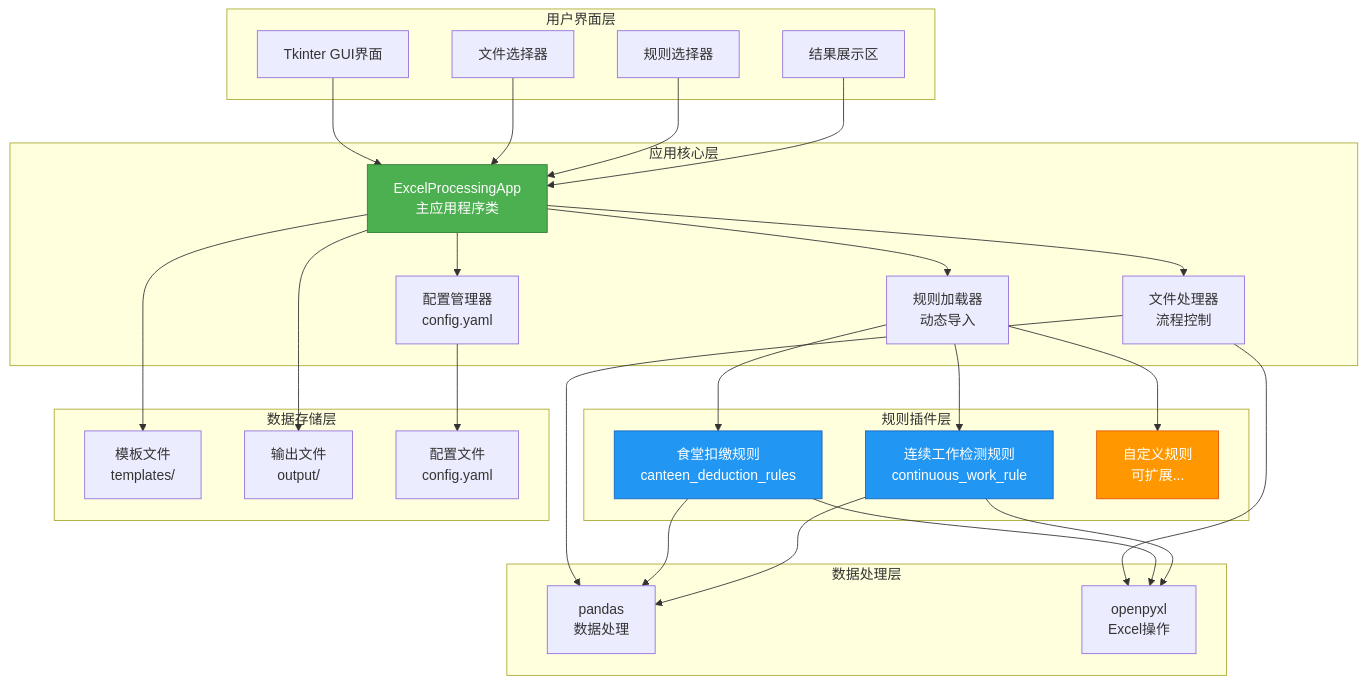
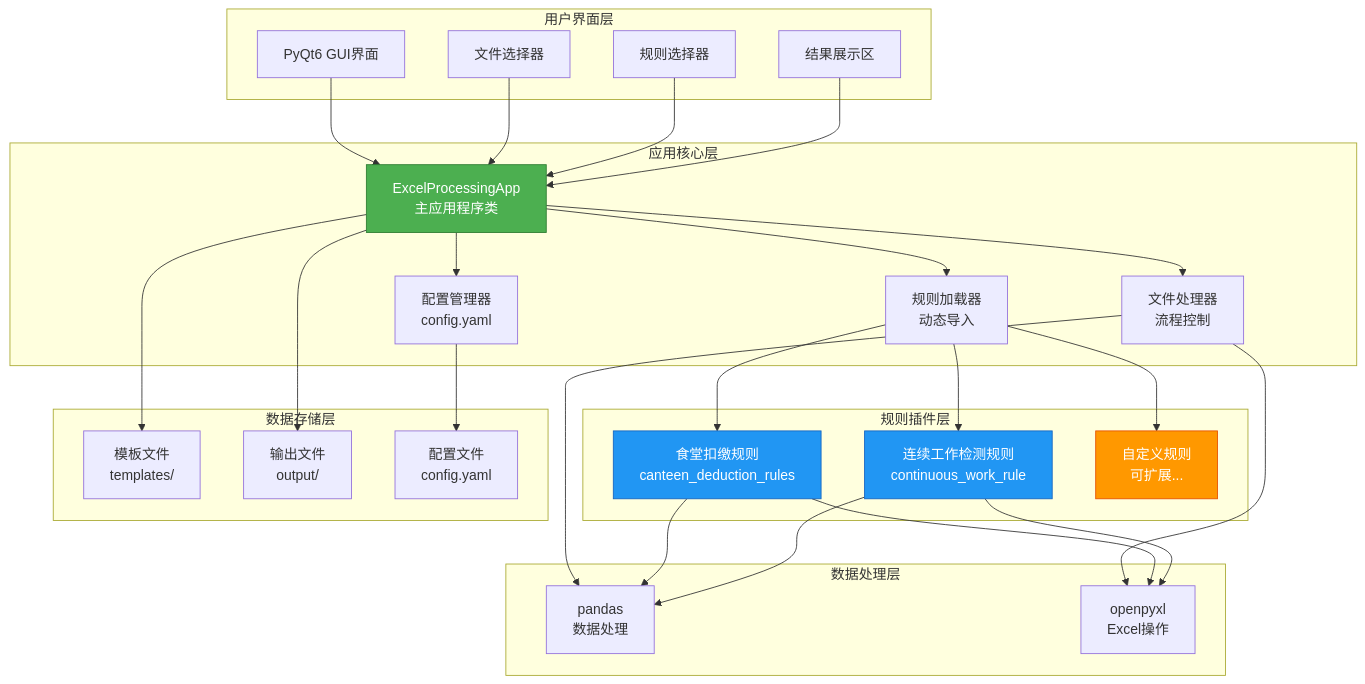
One commit to xiajiajinxuan/excel-processing changed the first of 4 diagrams in README.md. Above: the diagram before and after it, drawn with Mermaid. The commit also changed other lines of this file and 9 other files, not shown here.

````diff
--- a/README.md
+++ b/README.md
@@ -106,58 +107,58 @@
 ```mermaid
 graph TB
     subgraph "用户界面层"
-        UI[Tkinter GUI界面]
+        UI[PyQt6 GUI界面]
         FileSelect[文件选择器]
         RuleSelect[规则选择器]
         ResultDisplay[结果展示区]
     end
     
     subgraph "应用核心层"
         App[ExcelProcessingApp<br/>主应用程序类]
         ConfigMgr[配置管理器<br/>config.yaml]
         RuleLoader[规则加载器<br/>动态导入]
         FileProcessor[文件处理器<br/>流程控制]
     end
     
     subgraph "规则插件层"
         Rule1[食堂扣缴规则<br/>canteen_deduction_rules]
         Rule2[连续工作检测规则<br/>continuous_work_rule]
         RuleN[自定义规则<br/>可扩展...]
     end
     
     subgraph "数据处理层"
         Pandas[pandas<br/>数据处理]
         OpenPyXL[openpyxl<br/>Excel操作]
     end
     
     subgraph "数据存储层"
         Templates[模板文件<br/>templates/]
         Output[输出文件<br/>output/]
         Config[配置文件<br/>config.yaml]
     end
     
     UI --> App
     FileSelect --> App
     RuleSelect --> App
     App --> ConfigMgr
     App --> RuleLoader
     App --> FileProcessor
     ConfigMgr --> Config
     RuleLoader --> Rule1
     RuleLoader --> Rule2
     RuleLoader --> RuleN
     FileProcessor --> Pandas
     FileProcessor --> OpenPyXL
     App --> Templates
     App --> Output
     Rule1 --> Pandas
     Rule1 --> OpenPyXL
     Rule2 --> Pandas
     Rule2 --> OpenPyXL
     ResultDisplay --> App
     
     style App fill:#4CAF50,stroke:#2E7D32,color:#fff
     style Rule1 fill:#2196F3,stroke:#1565C0,color:#fff
     style Rule2 fill:#2196F3,stroke:#1565C0,color:#fff
     style RuleN fill:#FF9800,stroke:#E65100,color:#fff
 ```
````
